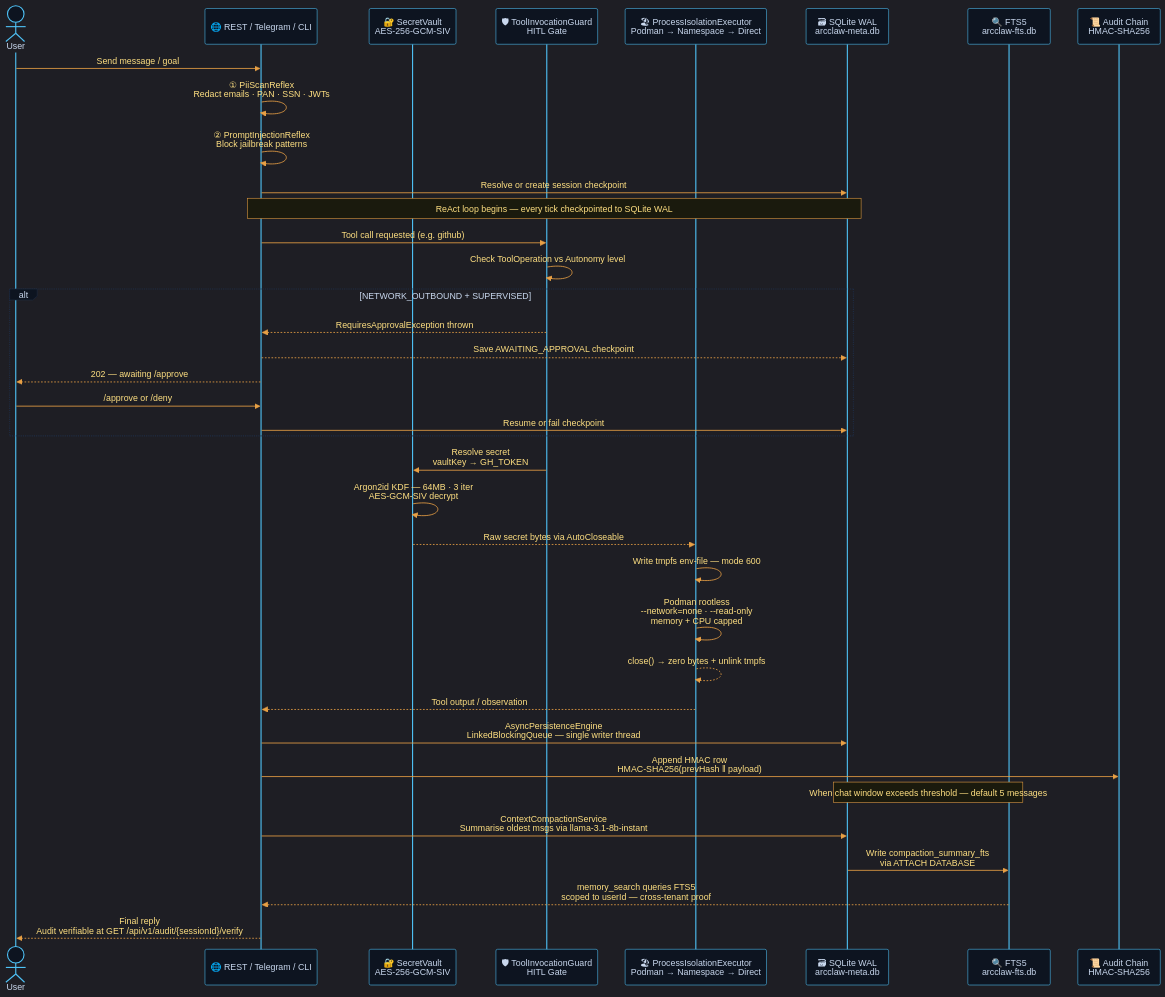
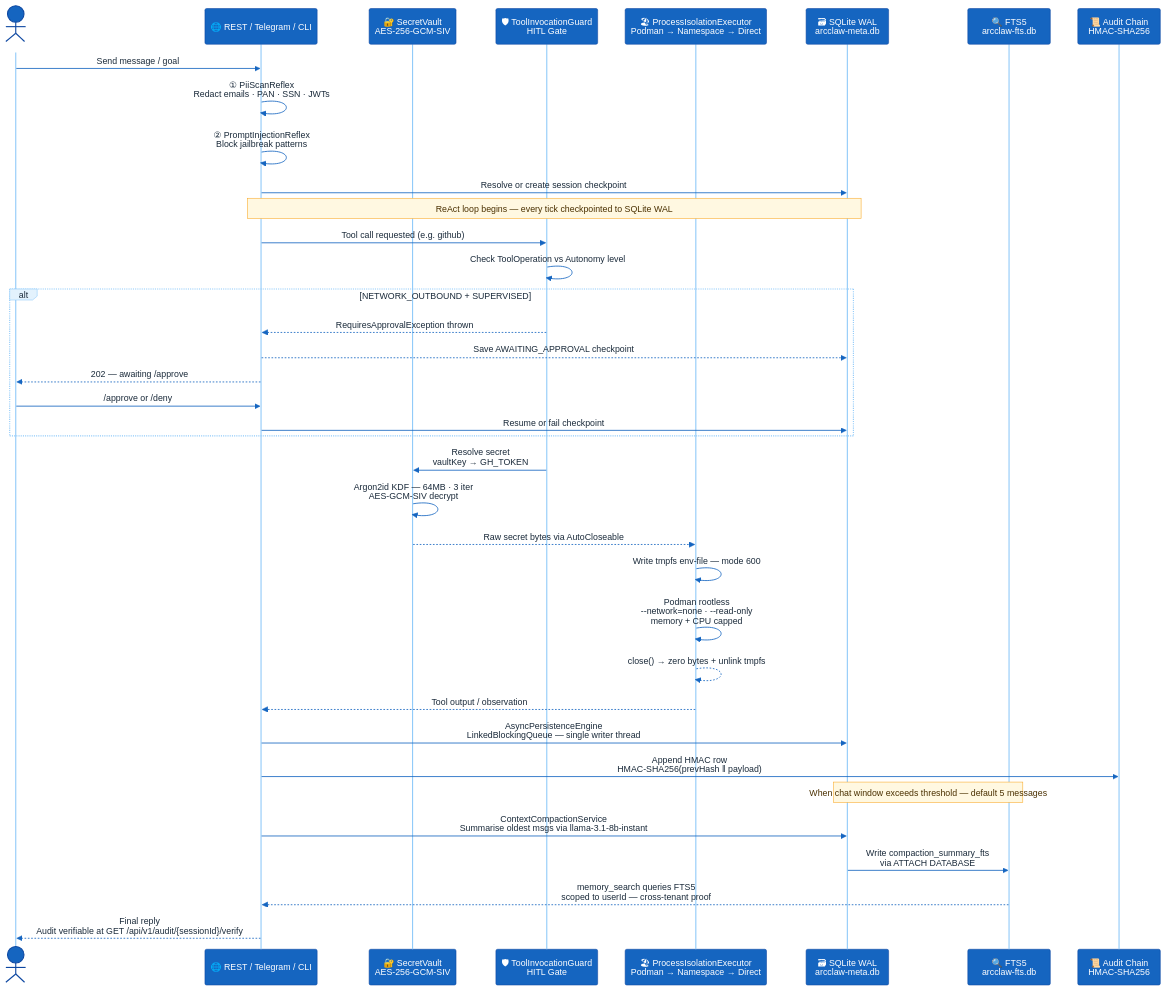
The seventh of 8 diagrams in README.md (rsrini7/AmshaAgent), drawn with Mermaid before and after one commit.

Commit message:
docs: change Mermaid diagram theme from dark to default

````diff
--- a/README.md
+++ b/README.md
@@ -666,50 +666,50 @@
 ```mermaid
-%%{init: {'theme': 'dark', 'themeVariables': {'primaryColor': '#1e2d45', 'primaryTextColor': '#c9d8ee', 'primaryBorderColor': '#4fc3f7', 'lineColor': '#e8a045', 'activationBorderColor': '#e8a045', 'activationBkgColor': '#1e2d45', 'sequenceNumberColor': '#e8a045', 'actorBkg': '#0d1420', 'actorBorder': '#4fc3f7', 'actorTextColor': '#c9d8ee', 'actorLineColor': '#4fc3f7', 'signalColor': '#e8a045', 'signalTextColor': '#ffe082', 'labelBoxBkgColor': '#0d1420', 'labelBoxBorderColor': '#1e2d45', 'labelTextColor': '#c9d8ee', 'loopTextColor': '#c9d8ee', 'noteBkgColor': '#1a1a0d', 'noteBorderColor': '#e8a045', 'noteTextColor': '#ffe082', 'fontSize': '13px'}}}%%
+%%{init: {'theme': 'default', 'themeVariables': {'primaryColor': '#e8f4fd', 'primaryTextColor': '#1a2a3a', 'primaryBorderColor': '#2196f3', 'lineColor': '#1565c0', 'activationBorderColor': '#1565c0', 'activationBkgColor': '#bbdefb', 'actorBkg': '#1565c0', 'actorBorder': '#0d47a1', 'actorTextColor': '#ffffff', 'actorLineColor': '#90caf9', 'signalColor': '#1565c0', 'signalTextColor': '#1a2a3a', 'labelBoxBkgColor': '#e3f2fd', 'labelBoxBorderColor': '#90caf9', 'labelTextColor': '#1a2a3a', 'loopTextColor': '#1a2a3a', 'noteBkgColor': '#fff8e1', 'noteBorderColor': '#f9a825', 'noteTextColor': '#4a3000', 'fontSize': '13px'}}}%%
 sequenceDiagram
     actor User
     participant API as 🌐 REST / Telegram / CLI
     participant Vault as 🔐 SecretVault<br/>AES-256-GCM-SIV
     participant Guard as 🛡 ToolInvocationGuard<br/>HITL Gate
     participant Sandbox as 🏖 ProcessIsolationExecutor<br/>Podman → Namespace → Direct
     participant SQLite as 🗃 SQLite WAL<br/>arcclaw-meta.db
     participant FTS as 🔍 FTS5<br/>arcclaw-fts.db
     participant Audit as 📜 Audit Chain<br/>HMAC-SHA256
 
     User->>API: Send message / goal
     API->>API: ① PiiScanReflex<br/>Redact emails · PAN · SSN · JWTs
     API->>API: ② PromptInjectionReflex<br/>Block jailbreak patterns
     API->>SQLite: Resolve or create session checkpoint
 
     Note over API,SQLite: ReAct loop begins — every tick checkpointed to SQLite WAL
 
     API->>Guard: Tool call requested (e.g. github)
     Guard->>Guard: Check ToolOperation vs Autonomy level
 
     alt NETWORK_OUTBOUND + SUPERVISED
         Guard-->>API: RequiresApprovalException thrown
         API-->>SQLite: Save AWAITING_APPROVAL checkpoint
         API-->>User: 202 — awaiting /approve
         User->>API: /approve or /deny
         API->>SQLite: Resume or fail checkpoint
     end
 
     Guard->>Vault: Resolve secret<br/>vaultKey → GH_TOKEN
     Vault->>Vault: Argon2id KDF — 64MB · 3 iter<br/>AES-GCM-SIV decrypt
     Vault-->>Sandbox: Raw secret bytes via AutoCloseable
 
     Sandbox->>Sandbox: Write tmpfs env-file — mode 600
     Sandbox->>Sandbox: Podman rootless<br/>--network=none · --read-only<br/>memory + CPU capped
     Sandbox-->>Sandbox: close() → zero bytes + unlink tmpfs
 
     Sandbox-->>API: Tool output / observation
     API->>SQLite: AsyncPersistenceEngine<br/>LinkedBlockingQueue — single writer thread
     API->>Audit: Append HMAC row<br/>HMAC-SHA256(prevHash ‖ payload)
 
     Note over SQLite,FTS: When chat window exceeds threshold — default 5 messages
 
     API->>SQLite: ContextCompactionService<br/>Summarise oldest msgs via llama-3.1-8b-instant
     SQLite->>FTS: Write compaction_summary_fts<br/>via ATTACH DATABASE
     FTS-->>API: memory_search queries FTS5<br/>scoped to userId — cross-tenant proof
 
     API-->>User: Final reply<br/>Audit verifiable at GET /api/v1/audit/{sessionId}/verify
 ```
````
